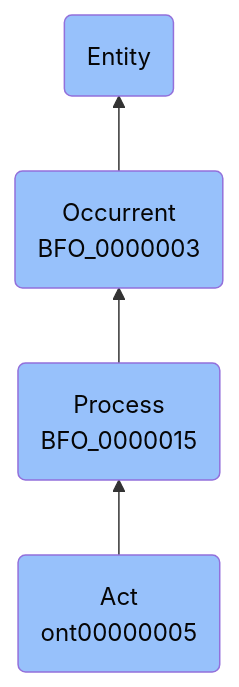
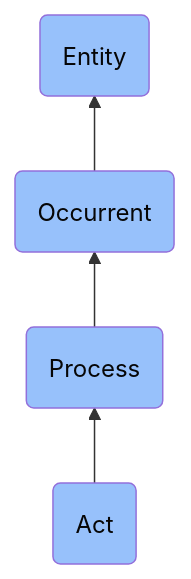
The diagram in docs/ontology/reference/model/Entity/Occurrent/Process/Act/Act.md (jupyter-naas/abi), drawn with Mermaid before and after one commit. The commit also changed other lines of this file and 1430 other files, not shown here.

````diff
--- a/docs/ontology/reference/model/Entity/Occurrent/Process/Act/Act.md
+++ b/docs/ontology/reference/model/Entity/Occurrent/Process/Act/Act.md
@@ -24,11 +24,11 @@
 ```mermaid
 graph BT
-    ont00000005(Act<br>ont00000005):::BFO-->BFO_0000015
-    BFO_0000015(Process<br>BFO_0000015):::BFO-->BFO_0000003
-    BFO_0000003(Occurrent<br>BFO_0000003):::BFO-->BFO_0000001
+    ont00000005(Act):::BFO-->BFO_0000015
+    BFO_0000015(Process):::BFO-->BFO_0000003
+    BFO_0000003(Occurrent):::BFO-->BFO_0000001
     BFO_0000001(Entity):::BFO
     
     classDef BFO fill:#97c1fb,color:#060606
     classDef CCO fill:#e4c51e,color:#060606
     classDef ABI fill:#48DD82,color:#060606
 ```
````
